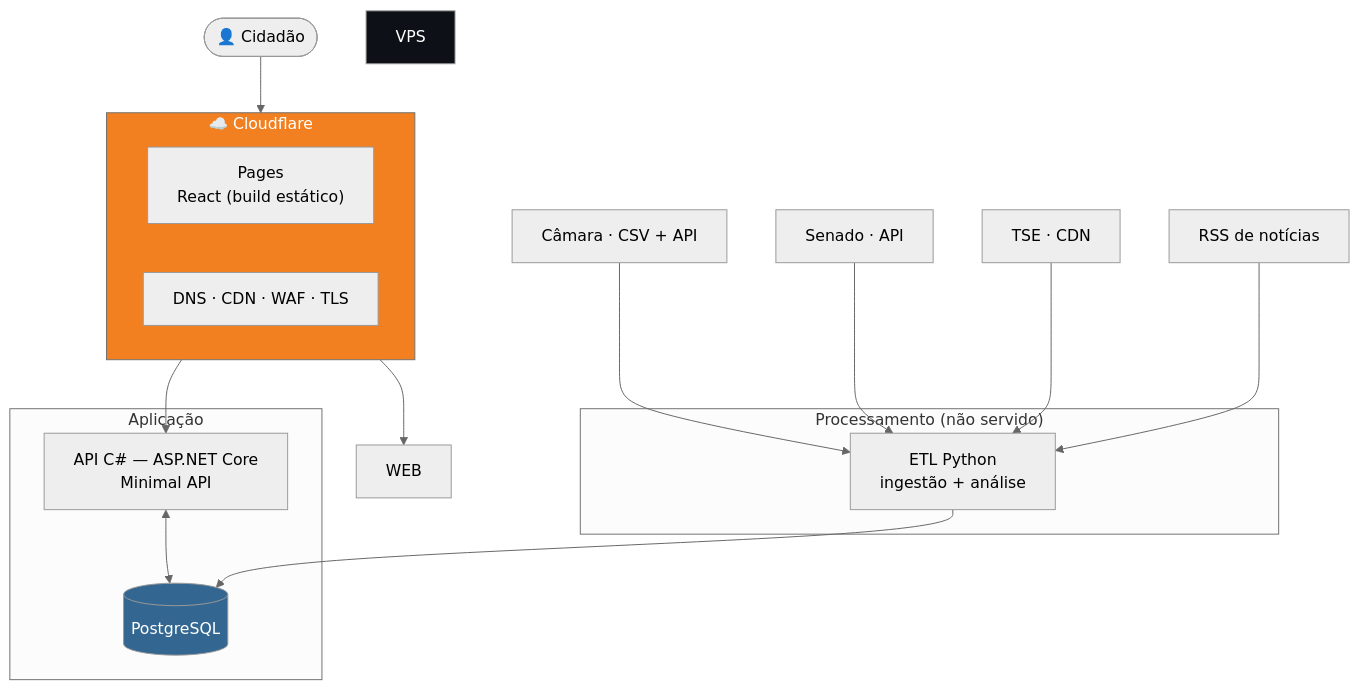
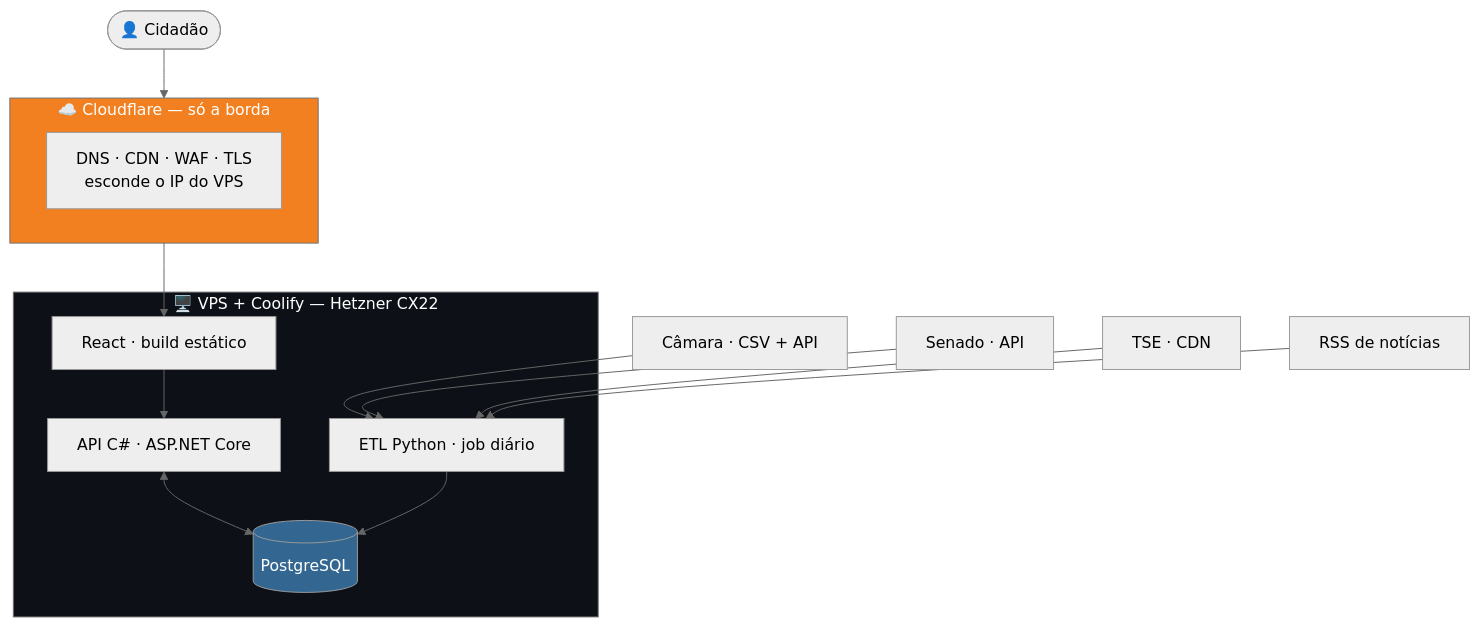
One commit to IgorLucasAssuncao/poligraph changed the first of 2 diagrams in docs/plano/01-arquitetura.md. Above: the diagram before and after it, drawn with Mermaid (neutral theme). The commit also changed other lines of this file, not shown here.

Commit message:
docs: diagrama macro refeito para VPS + Coolify
O desenho mostrava Cloudflare Pages servindo o React e dois blocos
separados. Com a decisão pelo VPS, os quatro componentes ficam na mesma
maquina e a Cloudflare vira so borda, com o papel adicional de esconder o
IP do servidor.

````diff
--- a/docs/plano/01-arquitetura.md
+++ b/docs/plano/01-arquitetura.md
@@ -28,32 +28,29 @@
 ```mermaid
 flowchart TB
     U(["👤 Cidadão"]) --> CF
 
-    subgraph CF["☁️ Cloudflare"]
-        PAGES["Pages<br/>React (build estático)"]
-        DNS["DNS · CDN · WAF · TLS"]
+    subgraph CF["☁️ Cloudflare — só a borda"]
+        DNS["DNS · CDN · WAF · TLS<br/>esconde o IP do VPS"]
     end
 
-    subgraph APP["Aplicação"]
-        API["API C# — ASP.NET Core<br/>Minimal API"]
+    subgraph VPS["🖥️ VPS + Coolify — Hetzner CX22"]
+        WEB["React · build estático"]
+        API["API C# · ASP.NET Core"]
         PG[("PostgreSQL")]
+        ETL["ETL Python · job diário"]
+        WEB --> API
         API <--> PG
-    end
-
-    subgraph BATCH["Processamento (não servido)"]
-        ETL["ETL Python<br/>ingestão + análise"]
         ETL --> PG
     end
 
     F1["Câmara · CSV + API"] --> ETL
     F2["Senado · API"] --> ETL
     F3["TSE · CDN"] --> ETL
     F4["RSS de notícias"] --> ETL
 
     CF --> WEB
-    CF --> API
 
     style CF fill:#f38020,color:#fff
     style VPS fill:#0d1117,color:#fff
     style PG fill:#336791,color:#fff
 ```
````
